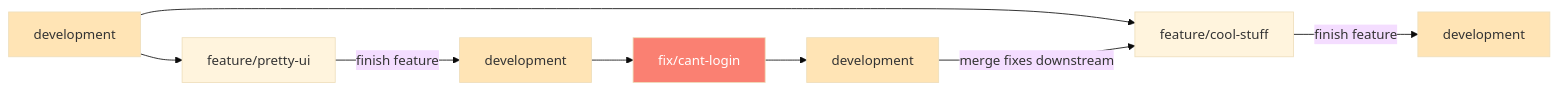
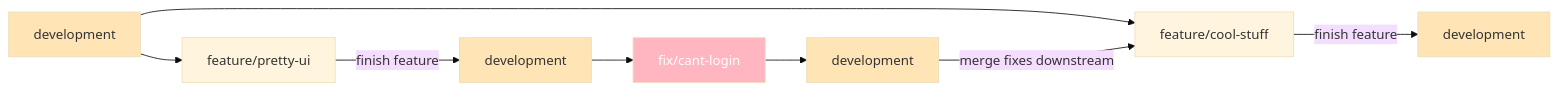
One commit to hasparus/software-engineering-class changed the diagram in testy/plan_zarządzania_jakością_produktu.md. Above: the diagram before and after it, drawn with Mermaid (base theme). The commit also changed other lines of this file, not shown here.

Commit message:
Uploaded by https://stackedit.io/

````diff
--- a/testy/plan_zarządzania_jakością_produktu.md
+++ b/testy/plan_zarządzania_jakością_produktu.md
@@ -21,14 +21,14 @@
 ```mermaid
 graph LR;
 	d#1[development]-->feature/cool-stuff;
 	d#1[development]-->feature/pretty-ui;
 	feature/pretty-ui--finish feature-->d#2[development];
 	d#3[development]--merge fixes downstream-->feature/cool-stuff;
 	fix/cant-login-->d#3[development]
 	d#2[development]-->fix/cant-login;
 	feature/cool-stuff--finish feature-->d#4[development];
 	
 	style d#1 fill: moccasin; 	style d#2 fill: moccasin;
 	style d#3 fill: moccasin; 	style d#4 fill: moccasin;
-	style fix/cant-login fill: salmon, color: white;
+	style fix/cant-login fill: lightpink, color: white;
 ```
````
